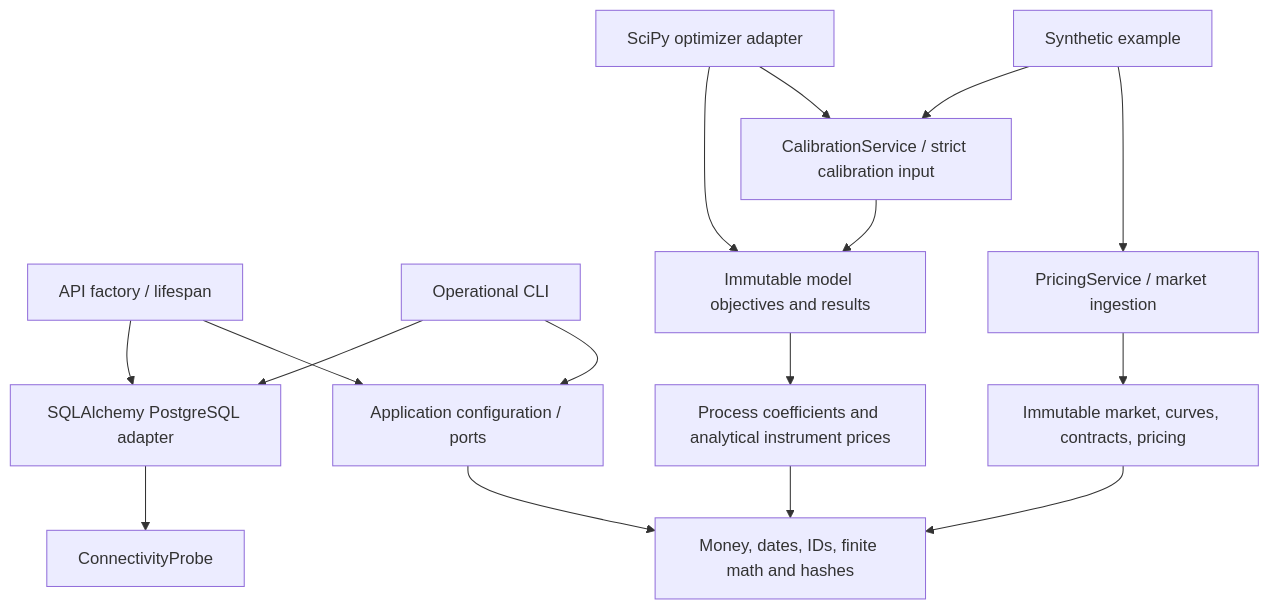
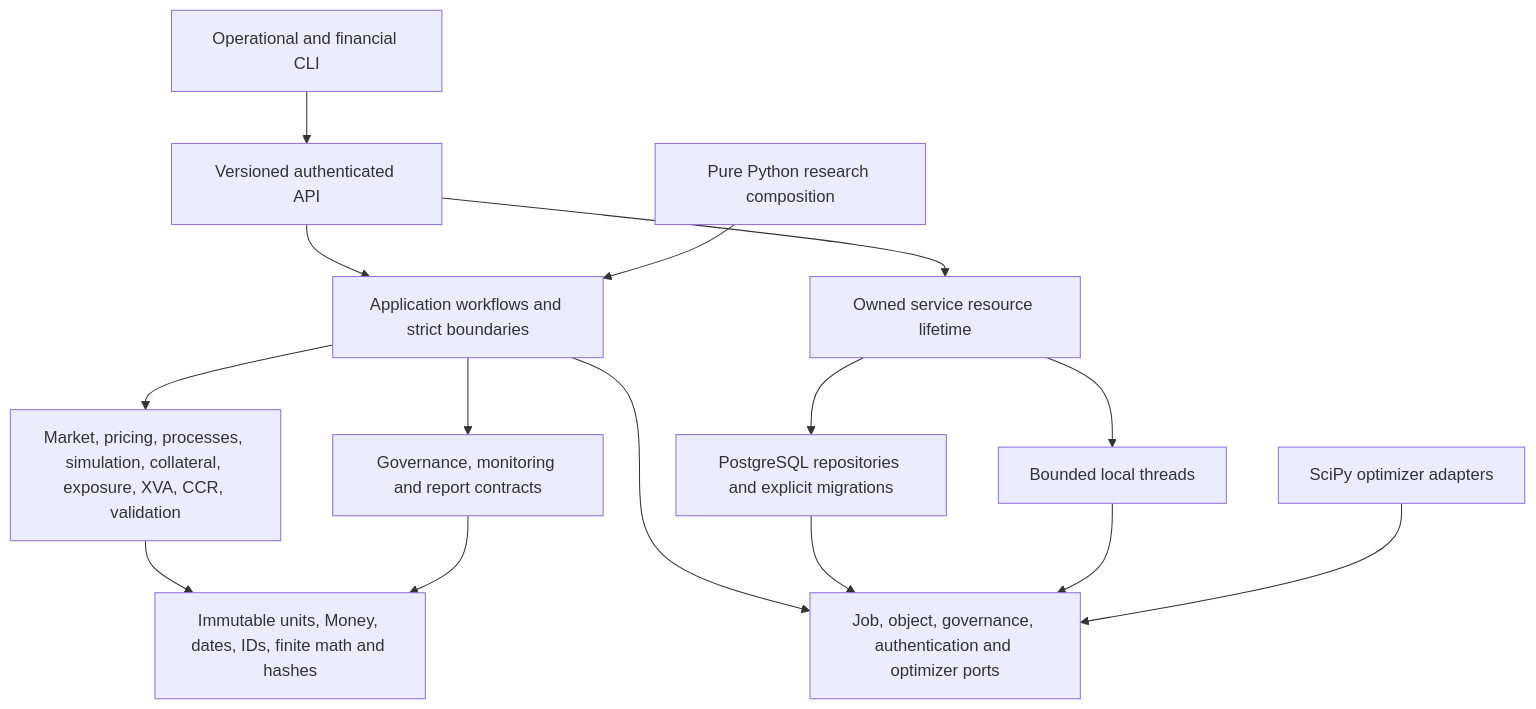
The diagram in docs/architecture/OVERVIEW.md (vaibhav7506/parallax-risk), drawn with Mermaid before and after one commit. The commit also changed other lines of this file and 7 other files, not shown here.

Commit message:
docs: map service architecture and workflows

````diff
--- a/docs/architecture/OVERVIEW.md
+++ b/docs/architecture/OVERVIEW.md
@@ -7,18 +8,17 @@
 ```mermaid
 flowchart TD
-    HTTP[API factory / lifespan] --> APP[Application configuration / ports]
-    CLI[Operational CLI] --> APP
-    RESEARCH[Synthetic example] --> WORK[PricingService / market ingestion]
-    WORK --> DOMAIN[Immutable market, curves, contracts, pricing]
-    RESEARCH --> CAL[CalibrationService / strict calibration input]
-    CAL --> OBJECTIVE[Immutable model objectives and results]
-    OPT[SciPy optimizer adapter] --> CAL
-    OPT --> OBJECTIVE
-    OBJECTIVE --> MODELS[Process coefficients and analytical instrument prices]
-    MODELS --> COMMON
-    DOMAIN --> COMMON[Money, dates, IDs, finite math and hashes]
-    APP --> COMMON
-    ADAPTER[SQLAlchemy PostgreSQL adapter] --> PORT[ConnectivityProbe]
-    HTTP --> ADAPTER
-    CLI --> ADAPTER
+    HTTP[Versioned authenticated API] --> APP[Application workflows and strict boundaries]
+    CLI[Operational and financial CLI] --> HTTP
+    LIB[Pure Python research composition] --> APP
+    APP --> DOMAIN[Market, pricing, processes, simulation, collateral, exposure, XVA, CCR, validation]
+    APP --> GOV[Governance, monitoring and report contracts]
+    DOMAIN --> COMMON[Immutable units, Money, dates, IDs, finite math and hashes]
+    GOV --> COMMON
+    APP --> PORTS[Job, object, governance, authentication and optimizer ports]
+    DB[PostgreSQL repositories and explicit migrations] --> PORTS
+    WORKER[Bounded local threads] --> PORTS
+    SOLVER[SciPy optimizer adapters] --> PORTS
+    HTTP --> ROOT[Owned service resource lifetime]
+    ROOT --> DB
+    ROOT --> WORKER
 ```
````
